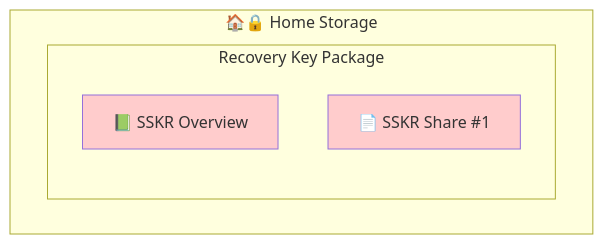
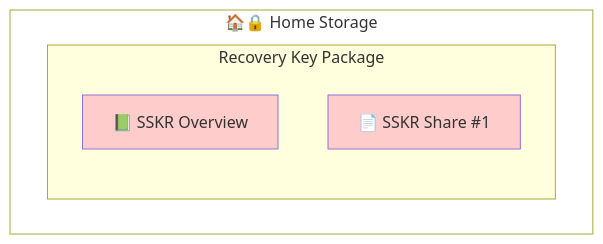
Before and after one commit to BlockchainCommons/SmartCustody: diagram 15 of 26 in Docs/Scenario-Multisig.md, drawn with Mermaid. The commit also changed other lines of this file, not shown here.

````diff
--- a/Docs/Scenario-Multisig.md
+++ b/Docs/Scenario-Multisig.md
@@ -556,11 +556,12 @@
     ```mermaid
     graph TD
-    subgraph "🏠🔒 Home Storage"
+    subgraph home["🏠🔒 Home Storage"]
       subgraph "Recovery Key Package"
       A["📗 SSKR Overview"]
       B["📄 SSKR Share #1"]
       end
     end
+    style home fill:#ffffff;
     style A fill:#ffcccc;
     style B fill:#ffcccc;
     ```
````
